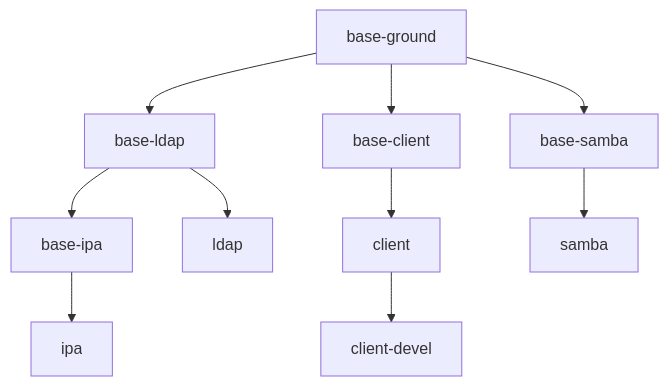
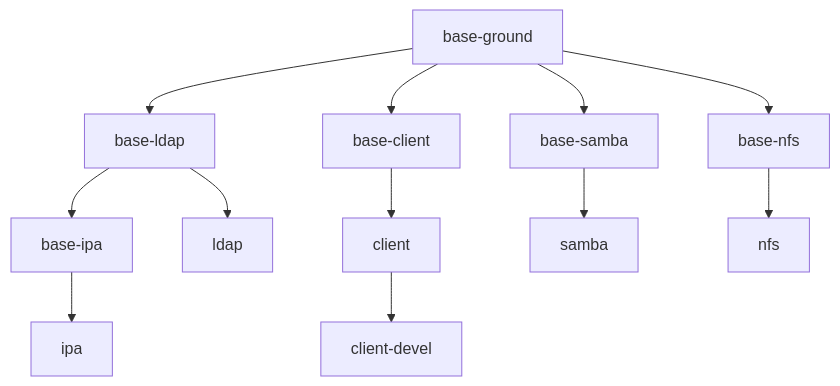
The diagram in readme.md (SSSD/sssd-ci-containers), drawn with Mermaid before and after one commit. The commit also changed other lines of this file and 18 other files, not shown here.

````diff
--- a/readme.md
+++ b/readme.md
@@ -272,16 +273,19 @@
 ```mermaid
   flowchart TD
     base-ground --> base-ldap
     base-ground --> base-client
     base-ground --> base-samba
+    base-ground --> base-nfs
 
     base-ldap --> base-ipa
     base-ldap --> ldap
 
     base-ipa --> ipa
 
     base-client --> client
     client --> client-devel
 
     base-samba --> samba
+
+    base-nfs --> nfs
 ```
````
